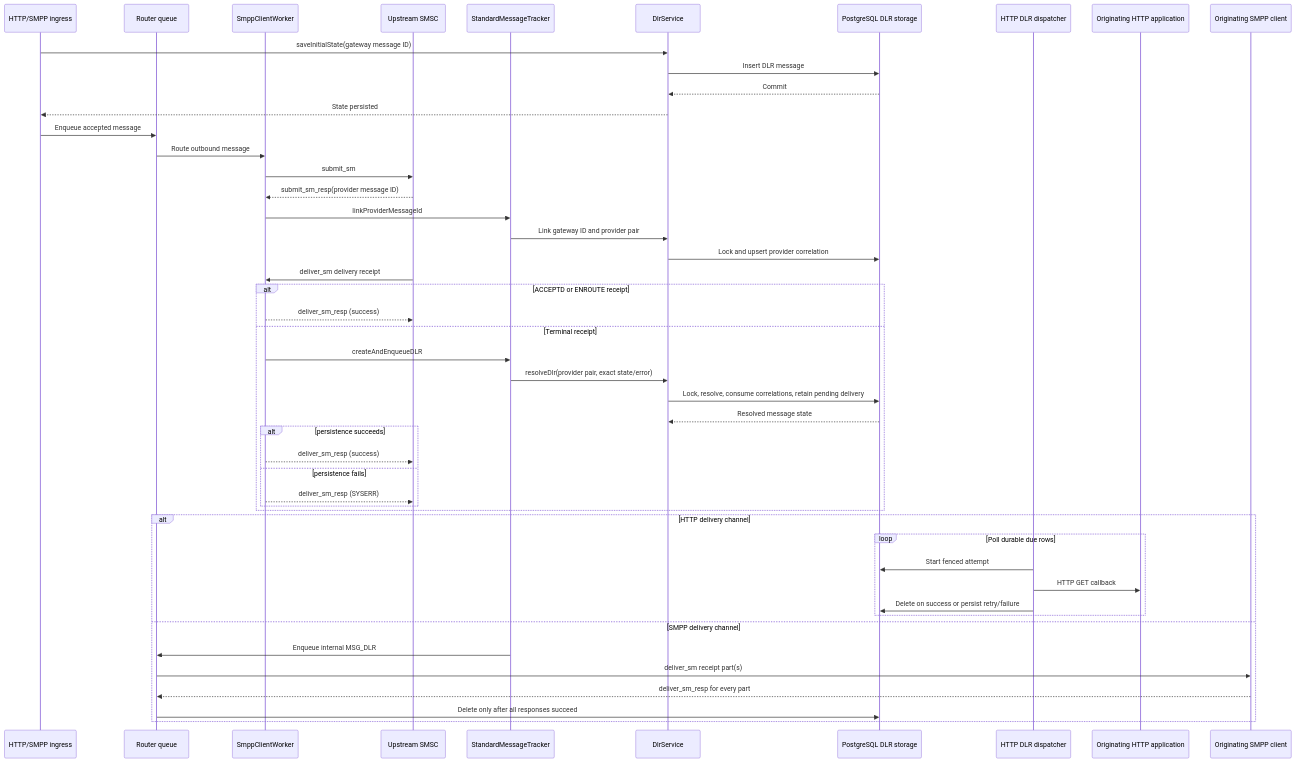
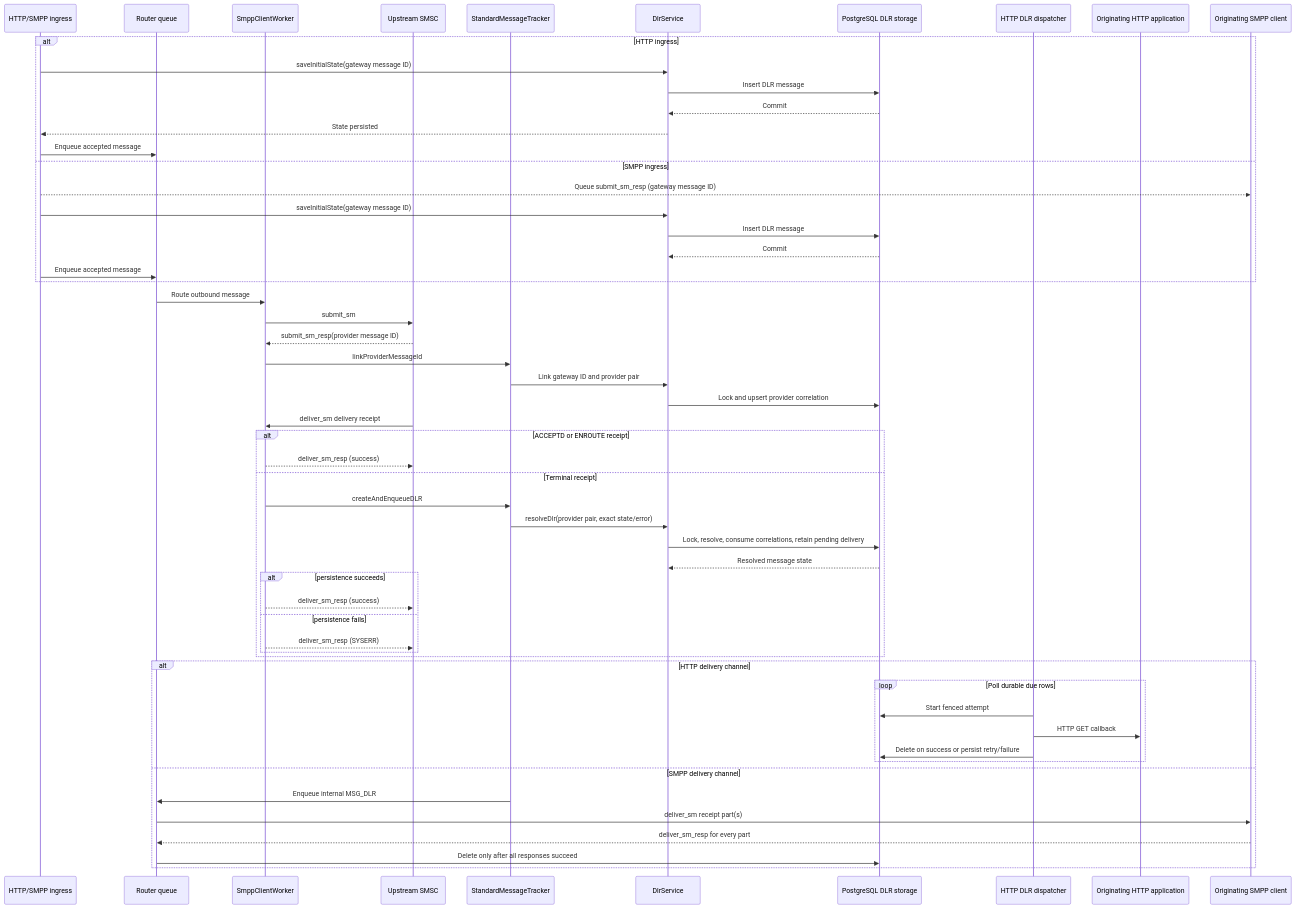
Before and after one commit to cytechmobile/sendium: the fifth of 6 diagrams in docs/01-architecture.md, drawn with Mermaid. The commit also changed other lines of this file and 10 other files, not shown here.

````diff
--- a/docs/01-architecture.md
+++ b/docs/01-architecture.md
@@ -158,53 +158,61 @@
 ```mermaid
 sequenceDiagram
     participant Ingress as HTTP/SMPP ingress
     participant Router as Router queue
     participant Worker as SmppClientWorker
     participant SMSC as Upstream SMSC
     participant Tracker as StandardMessageTracker
     participant Service as DlrService
     participant Database as PostgreSQL DLR storage
     participant HTTP as HTTP DLR dispatcher
     participant App as Originating HTTP application
     participant SMPPApp as Originating SMPP client
 
-    Ingress->>Service: saveInitialState(gateway message ID)
-    Service->>Database: Insert DLR message
-    Database-->>Service: Commit
-    Service-->>Ingress: State persisted
-    Ingress->>Router: Enqueue accepted message
+    alt HTTP ingress
+        Ingress->>Service: saveInitialState(gateway message ID)
+        Service->>Database: Insert DLR message
+        Database-->>Service: Commit
+        Service-->>Ingress: State persisted
+        Ingress->>Router: Enqueue accepted message
+    else SMPP ingress
+        Ingress-->>SMPPApp: Queue submit_sm_resp (gateway message ID)
+        Ingress->>Service: saveInitialState(gateway message ID)
+        Service->>Database: Insert DLR message
+        Database-->>Service: Commit
+        Ingress->>Router: Enqueue accepted message
+    end
     Router->>Worker: Route outbound message
     Worker->>SMSC: submit_sm
     SMSC-->>Worker: submit_sm_resp(provider message ID)
     Worker->>Tracker: linkProviderMessageId
     Tracker->>Service: Link gateway ID and provider pair
     Service->>Database: Lock and upsert provider correlation
 
     SMSC->>Worker: deliver_sm delivery receipt
     alt ACCEPTD or ENROUTE receipt
         Worker-->>SMSC: deliver_sm_resp (success)
     else Terminal receipt
         Worker->>Tracker: createAndEnqueueDLR
         Tracker->>Service: resolveDlr(provider pair, exact state/error)
         Service->>Database: Lock, resolve, consume correlations, retain pending delivery
         Database-->>Service: Resolved message state
         alt persistence succeeds
             Worker-->>SMSC: deliver_sm_resp (success)
         else persistence fails
             Worker-->>SMSC: deliver_sm_resp (SYSERR)
         end
     end
 
     alt HTTP delivery channel
         loop Poll durable due rows
             HTTP->>Database: Start fenced attempt
             HTTP->>App: HTTP GET callback
             HTTP->>Database: Delete on success or persist retry/failure
         end
     else SMPP delivery channel
         Tracker->>Router: Enqueue internal MSG_DLR
         Router->>SMPPApp: deliver_sm receipt part(s)
         SMPPApp-->>Router: deliver_sm_resp for every part
         Router->>Database: Delete only after all responses succeed
     end
 ```
````
